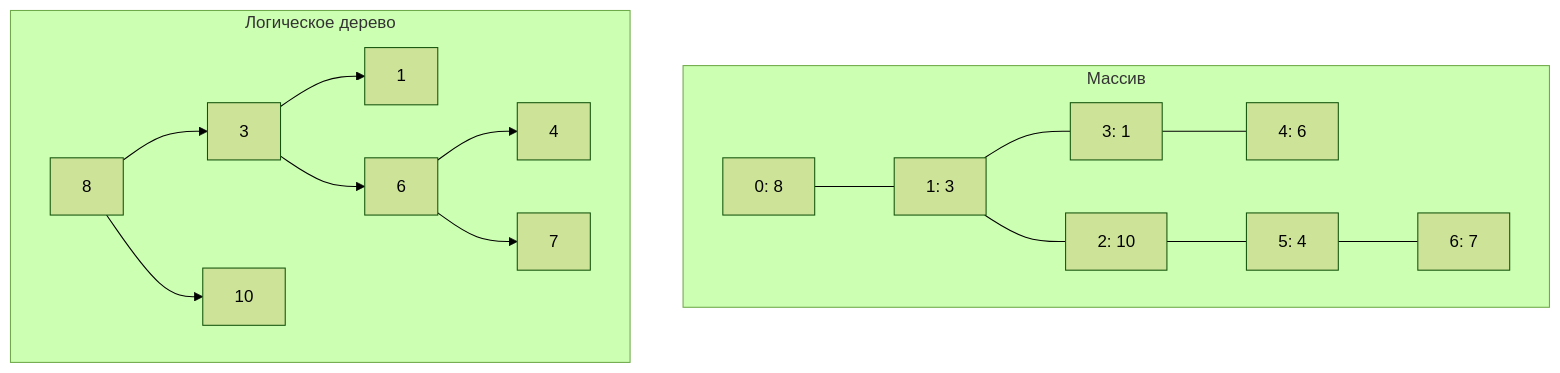
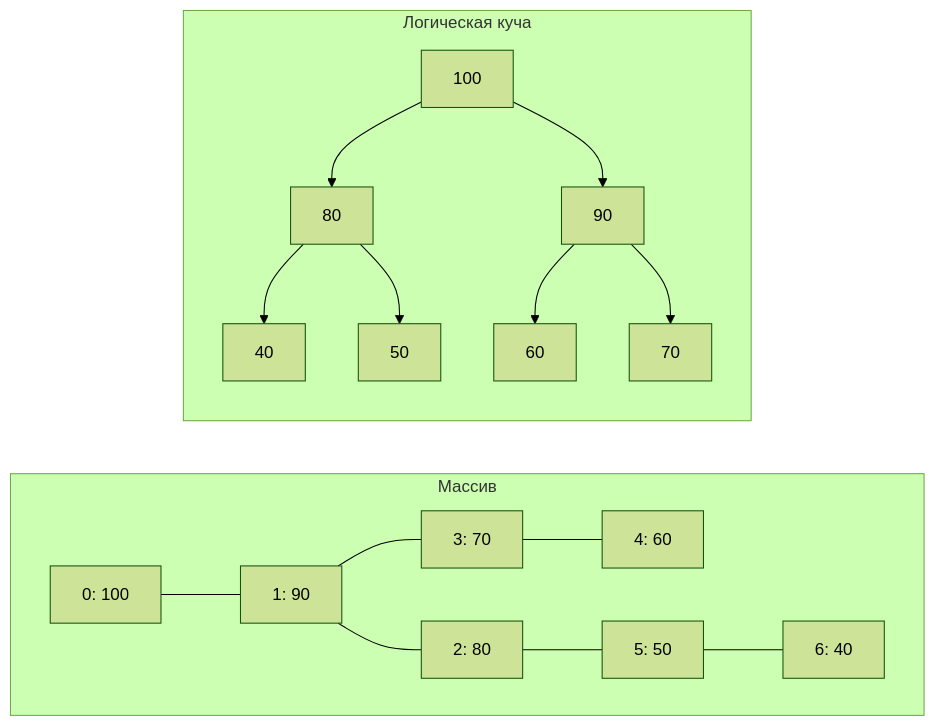
One commit to Vladislav-Chistyakov/CS-in-Frontend changed the fifth of 6 diagrams in 17/LECTURE.md. Above: the diagram before and after it, drawn with Mermaid (forest theme). The commit also changed other lines of this file and 13 other files, not shown here.

````diff
--- a/17/LECTURE.md
+++ b/17/LECTURE.md
@@ -284,16 +126,17 @@
 ```mermaid
-graph TD
-subgraph "Массив"
-direction LR
-A0[0: 8] --- A1[1: 3] --- A3[3: 1] --- A4[4: 6]
-A1 --- A2[2: 10] --- A5[5: 4] --- A6[6: 7]
-end
-subgraph "Логическое дерево"
-8[8] --> 3[3]
-8 --> 10[10]
-3 --> 1[1]
-3 --> 6[6]
-6 --> 4[4]
-6 --> 7[7]
-end
+graph LR
+    subgraph "Массив"
+        direction LR
+        A0["0: 100"] --- A1["1: 90"] --- A3["3: 70"] --- A4["4: 60"]
+        A1 --- A2["2: 80"] --- A5["5: 50"] --- A6["6: 40"]
+    end
+
+    subgraph "Логическая куча"
+        100[100] --> 90[90]
+        100 --> 80[80]
+        90 --> 70[70]
+        90 --> 60[60]
+        80 --> 50[50]
+        80 --> 40[40]
+    end
 ```
````
